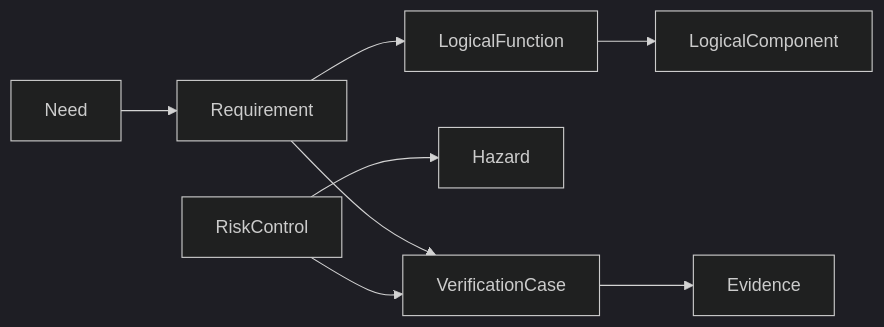
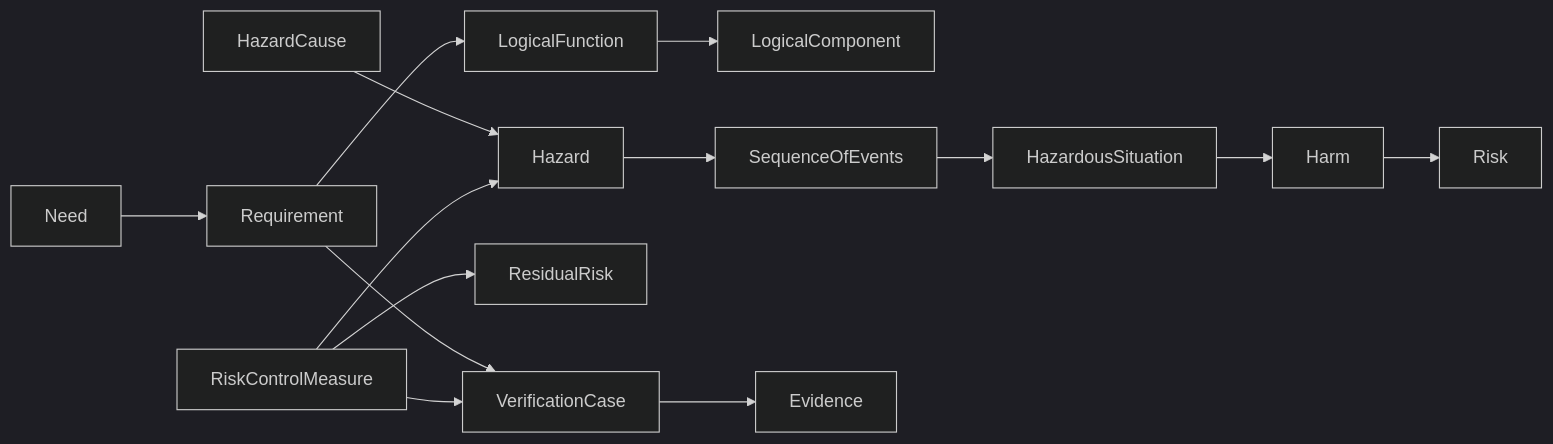
Before and after one commit to memoarchitect/memo-architect: the diagram in docs/src/users/modeling-guide.md, drawn with Mermaid (dark theme). The commit also changed other lines of this file and 18 other files, not shown here.

Commit message:
feat: align architect with ISO 14971 ontology

````diff
--- a/docs/src/users/modeling-guide.md
+++ b/docs/src/users/modeling-guide.md
@@ -5,10 +5,16 @@
 ```mermaid
 flowchart LR
     Need[Need] --> Req[Requirement]
     Req --> Function[LogicalFunction]
     Function --> Component[LogicalComponent]
-    Control[RiskControl] --> Hazard[Hazard]
+    Cause[HazardCause] --> Hazard[Hazard]
+    Hazard --> Events[SequenceOfEvents]
+    Events --> Situation[HazardousSituation]
+    Situation --> Harm[Harm]
+    Harm --> Risk[Risk]
+    Control[RiskControlMeasure] --> Hazard
+    Control --> Residual[ResidualRisk]
     Req --> Test[VerificationCase]
     Control --> Test
     Test --> Evidence[Evidence]
 ```
````
